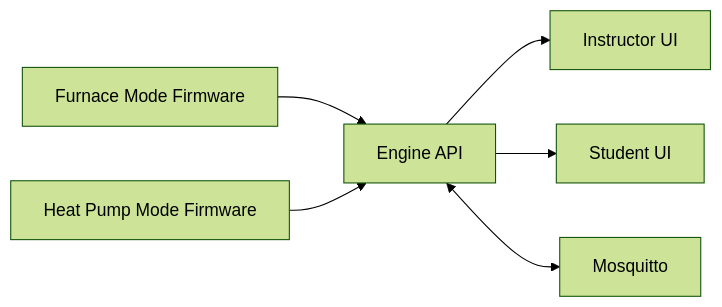
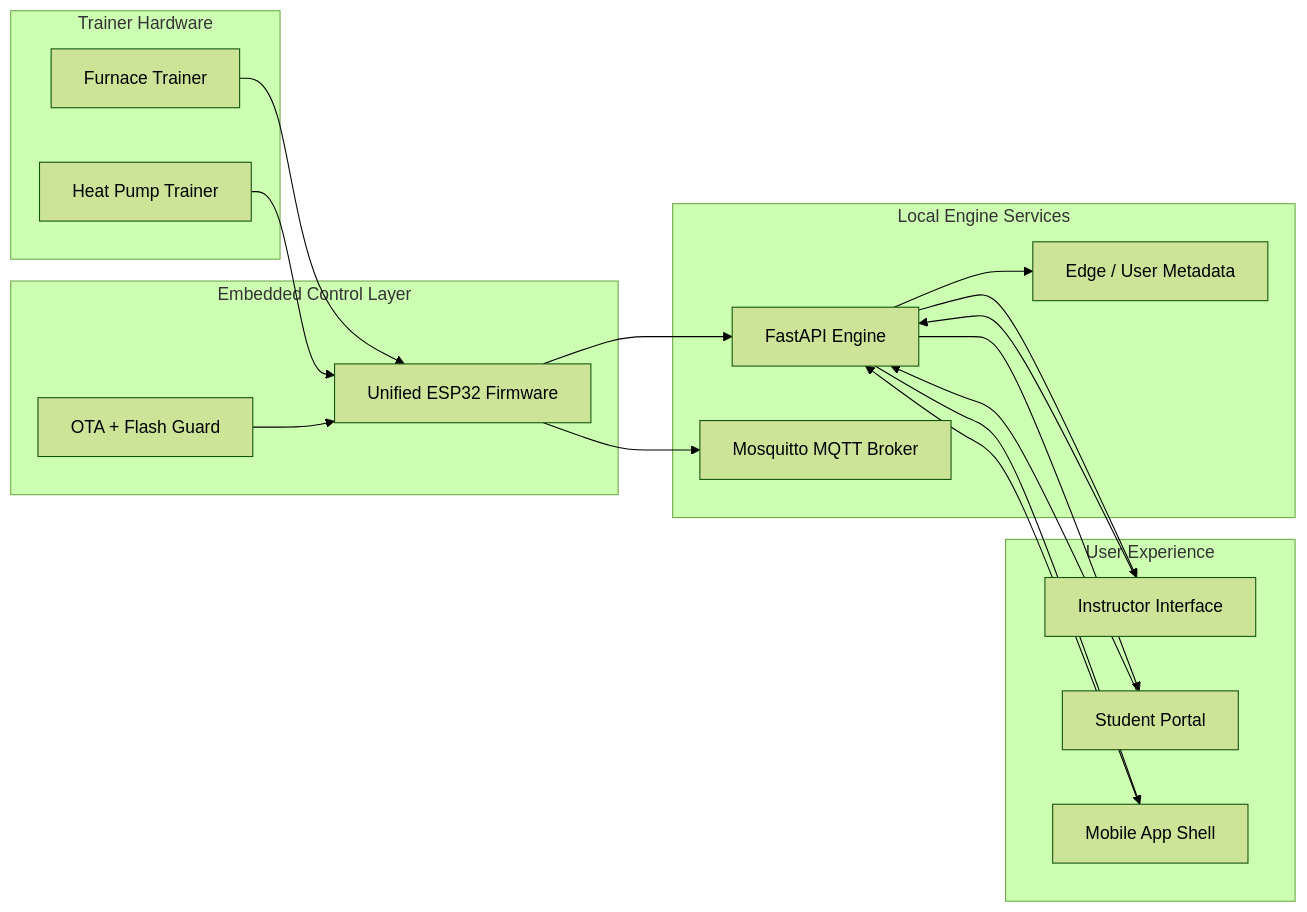
Before and after one commit to Randym1988/HVAC-Trainer-Ver2.0: the first of 2 diagrams in README.md, drawn with Mermaid (forest theme). The commit also changed other lines of this file, not shown here.

Commit message:
Update Vesta Core platform README with architecture and protocol overview

````diff
--- a/README.md
+++ b/README.md
@@ -41,8 +73,37 @@
 ```mermaid
 flowchart LR
-  Furnace[Furnace Mode Firmware] --> Engine[Engine API]
-  HeatPump[Heat Pump Mode Firmware] --> Engine
-  Engine --> Instructor[Instructor UI]
-  Engine --> Student[Student UI]
-  Engine <--> MQTT[Mosquitto]
+    subgraph Trainers[Trainer Hardware]
+        F[Furnace Trainer]
+        H[Heat Pump Trainer]
+    end
+
+    subgraph Embedded[Embedded Control Layer]
+        FW[Unified ESP32 Firmware]
+        OTA[OTA + Flash Guard]
+    end
+
+    subgraph Services[Local Engine Services]
+        API[FastAPI Engine]
+        MQTT[Mosquitto MQTT Broker]
+        DB[Edge / User Metadata]
+    end
+
+    subgraph Apps[User Experience]
+        INST[Instructor Interface]
+        STUD[Student Portal]
+        MOB[Mobile App Shell]
+    end
+
+    F --> FW
+    H --> FW
+    FW --> MQTT
+    FW --> API
+    API --> DB
+    API --> INST
+    API --> STUD
+    API --> MOB
+    OTA --> FW
+    INST --> API
+    STUD --> API
+    MOB --> API
 ```
````
